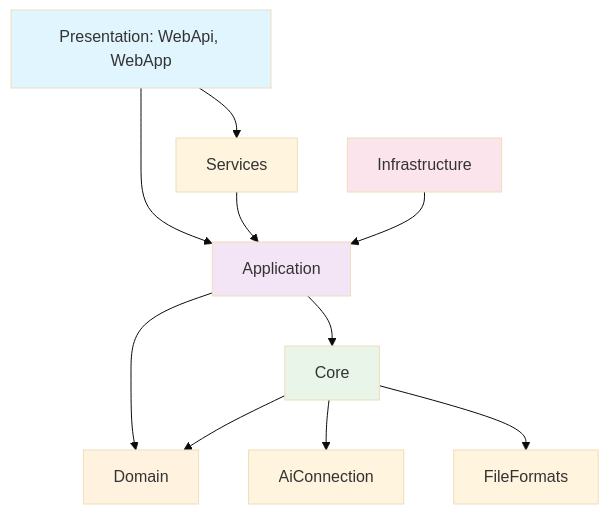
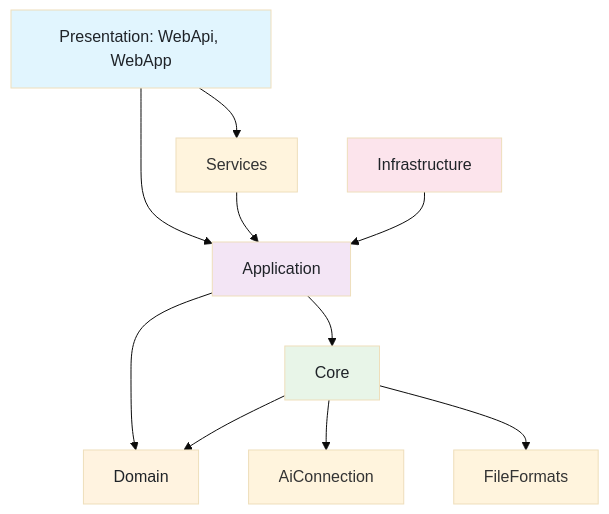
The diagram in docs/architecture/clean-architecture/index.md (Inia-AI/inia), drawn with Mermaid (base theme) before and after one commit. The commit also changed 63 other files, not shown here.

````diff
--- a/docs/architecture/clean-architecture/index.md
+++ b/docs/architecture/clean-architecture/index.md
@@ -22,18 +22,18 @@
 ```mermaid
 graph TD
     A[Presentation: WebApi, WebApp] --> B[Application]
     A --> S[Services]
     S --> B
     B --> C[Core]
     B --> D[Domain]
     C --> D
     C --> AI[AiConnection]
     C --> FF[FileFormats]
     E[Infrastructure] --> B
 
-    style A fill:#e1f5fe
-    style B fill:#f3e5f5
-    style C fill:#e8f5e8
-    style D fill:#fff3e0
-    style E fill:#fce4ec
+    style A fill:#e1f5fe,color:#1f2328
+    style B fill:#f3e5f5,color:#1f2328
+    style C fill:#e8f5e8,color:#1f2328
+    style D fill:#fff3e0,color:#1f2328
+    style E fill:#fce4ec,color:#1f2328
 ```
````
